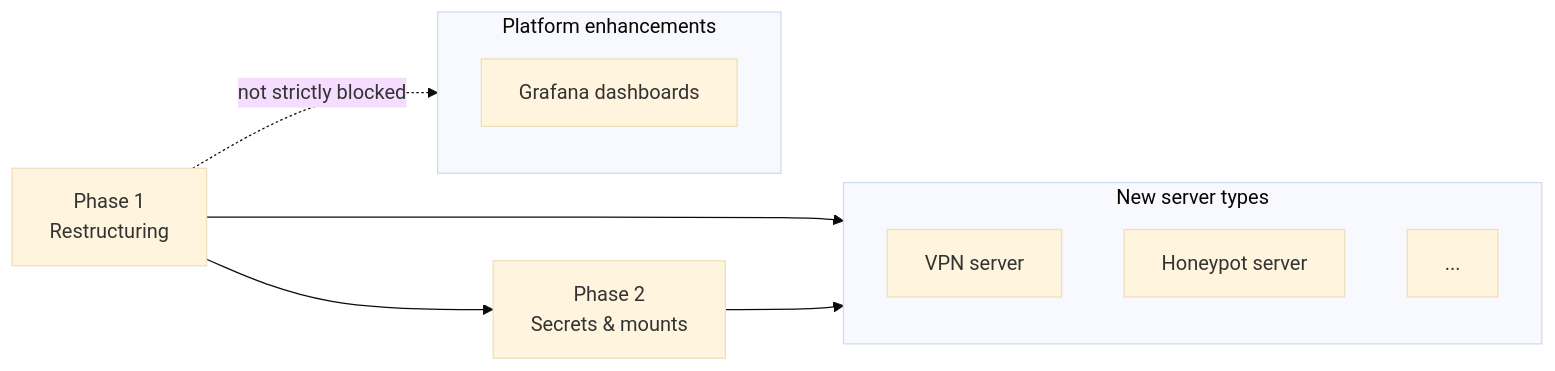
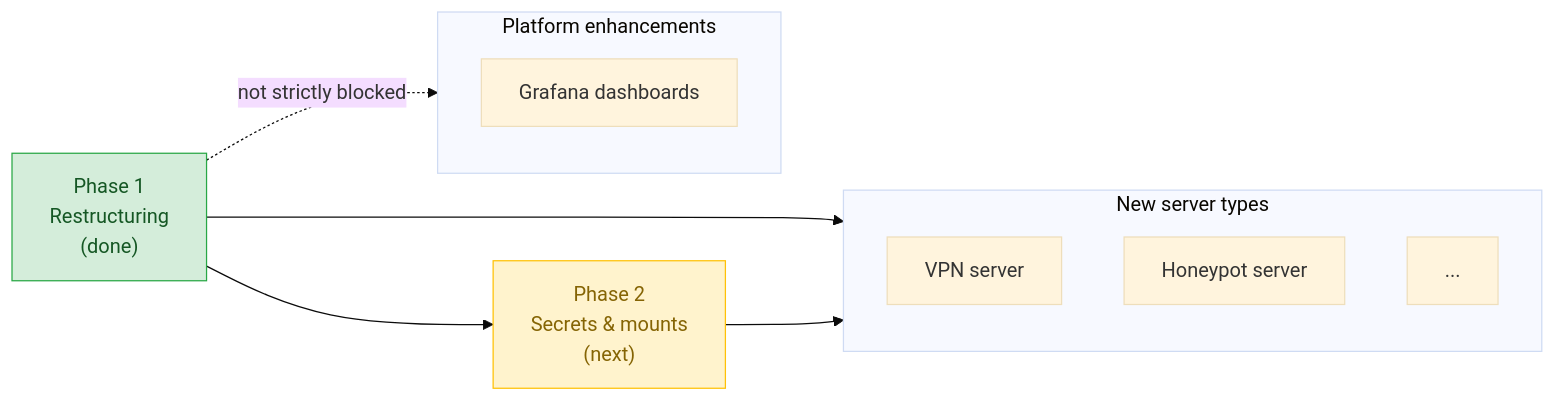
The diagram in docs/future/README.md (rednaw/iac), drawn with Mermaid (base theme) before and after one commit. The commit also changed other lines of this file and 10 other files, not shown here.

````diff
--- a/docs/future/README.md
+++ b/docs/future/README.md
@@ -7,20 +7,25 @@
 ```mermaid
 flowchart LR
-    restructure["Phase 1<br/>Restructuring"]
-    dx["Phase 2<br/>Secrets & mounts"]
+    restructure["Phase 1<br/>Restructuring<br/>(done)"]
+    dx["Phase 2<br/>Secrets & mounts<br/>(next)"]
 
     subgraph servers ["New server types"]
         vpn["VPN server"]
         honeypot["Honeypot server"]
         future["..."]
     end
 
     subgraph enhancements ["Platform enhancements"]
         grafana["Grafana dashboards"]
     end
 
     restructure --> servers
     restructure --> dx
     dx --> servers
     restructure -.->|not strictly blocked| enhancements
+
+    classDef done fill:#d4edda,stroke:#28a745,color:#155724
+    classDef next fill:#fff3cd,stroke:#ffc107,color:#856404
+    class restructure done
+    class dx next
 ```
````
